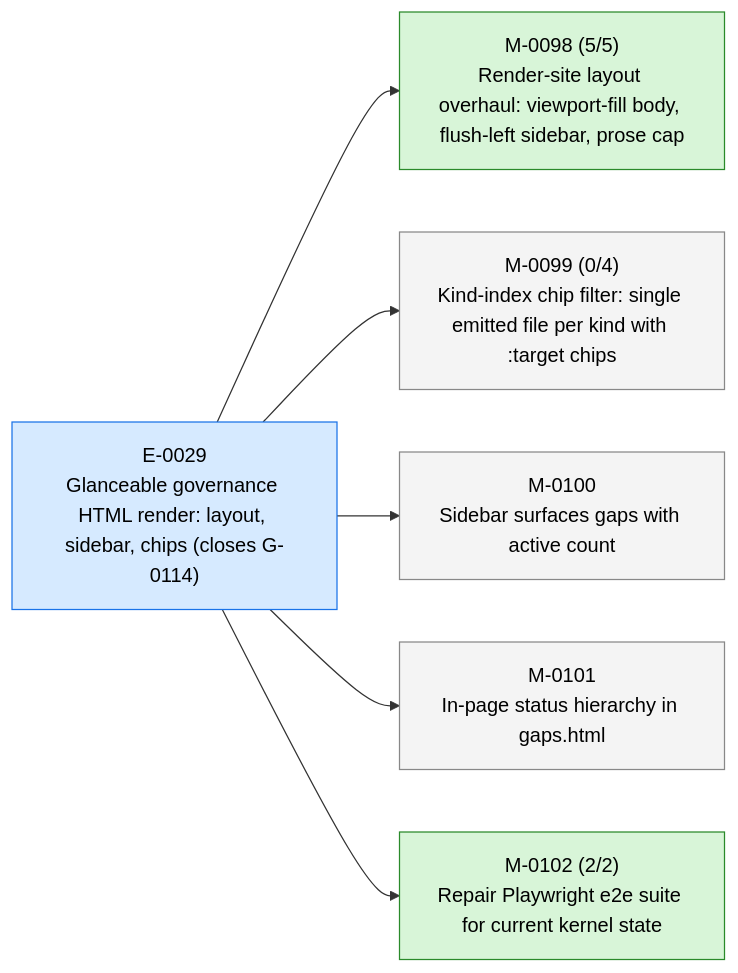
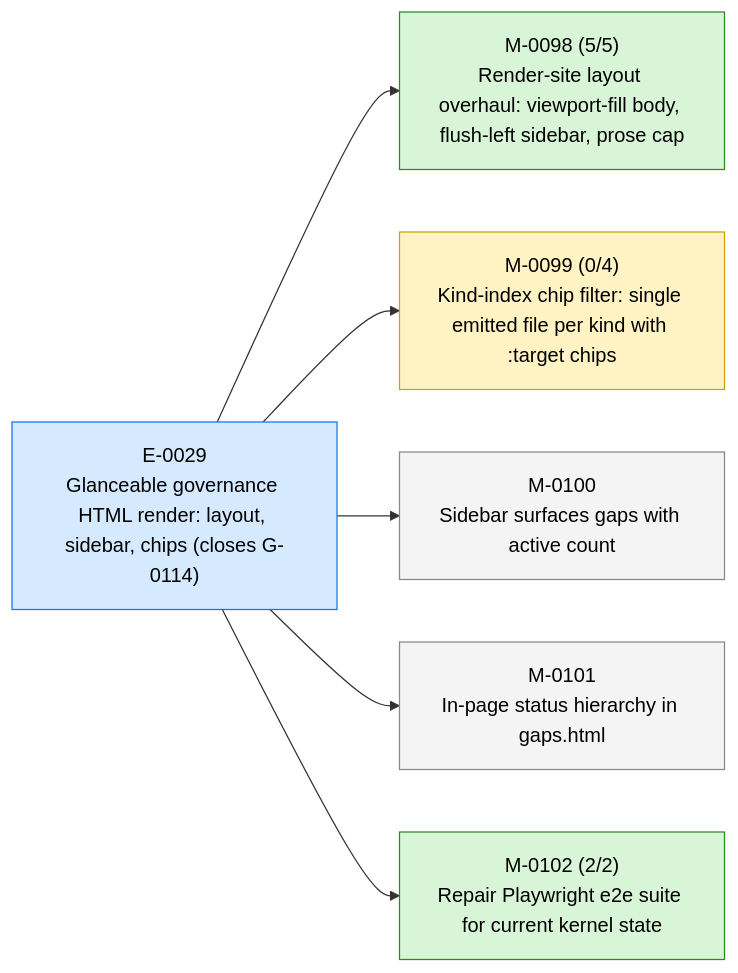
The first of 3 diagrams in STATUS.md (23min/aiwf), drawn with Mermaid before and after one commit. The commit also changed other lines of this file and 1 other file, not shown here.

First line of the commit message:
aiwf promote M-0099 draft -> in_progress

````diff
--- a/STATUS.md
+++ b/STATUS.md
@@ -17,20 +17,20 @@
 ```mermaid
 flowchart LR
   E_0029["E-0029<br/>Glanceable governance HTML render: layout, sidebar, chips (closes G-0114)"]:::epic_active
   M_0098["M-0098 (5/5)<br/>Render-site layout overhaul: viewport-fill body, flush-left sidebar, prose cap"]:::ms_done
   E_0029 --> M_0098
-  M_0099["M-0099 (0/4)<br/>Kind-index chip filter: single emitted file per kind with :target chips"]:::ms_draft
+  M_0099["M-0099 (0/4)<br/>Kind-index chip filter: single emitted file per kind with :target chips"]:::ms_in_progress
   E_0029 --> M_0099
   M_0100["M-0100<br/>Sidebar surfaces gaps with active count"]:::ms_draft
   E_0029 --> M_0100
   M_0101["M-0101<br/>In-page status hierarchy in gaps.html"]:::ms_draft
   E_0029 --> M_0101
   M_0102["M-0102 (2/2)<br/>Repair Playwright e2e suite for current kernel state"]:::ms_done
   E_0029 --> M_0102
   classDef epic_active fill:#d6eaff,stroke:#1a73e8,color:#000
   classDef epic_proposed fill:#f4f4f4,stroke:#888,color:#000
   classDef ms_done fill:#d8f5d8,stroke:#2a8a2a,color:#000
   classDef ms_in_progress fill:#fff3c4,stroke:#caa400,color:#000
   classDef ms_draft fill:#f4f4f4,stroke:#888,color:#000
   classDef ms_cancelled fill:#fbeaea,stroke:#c33,color:#000
 ```
````
